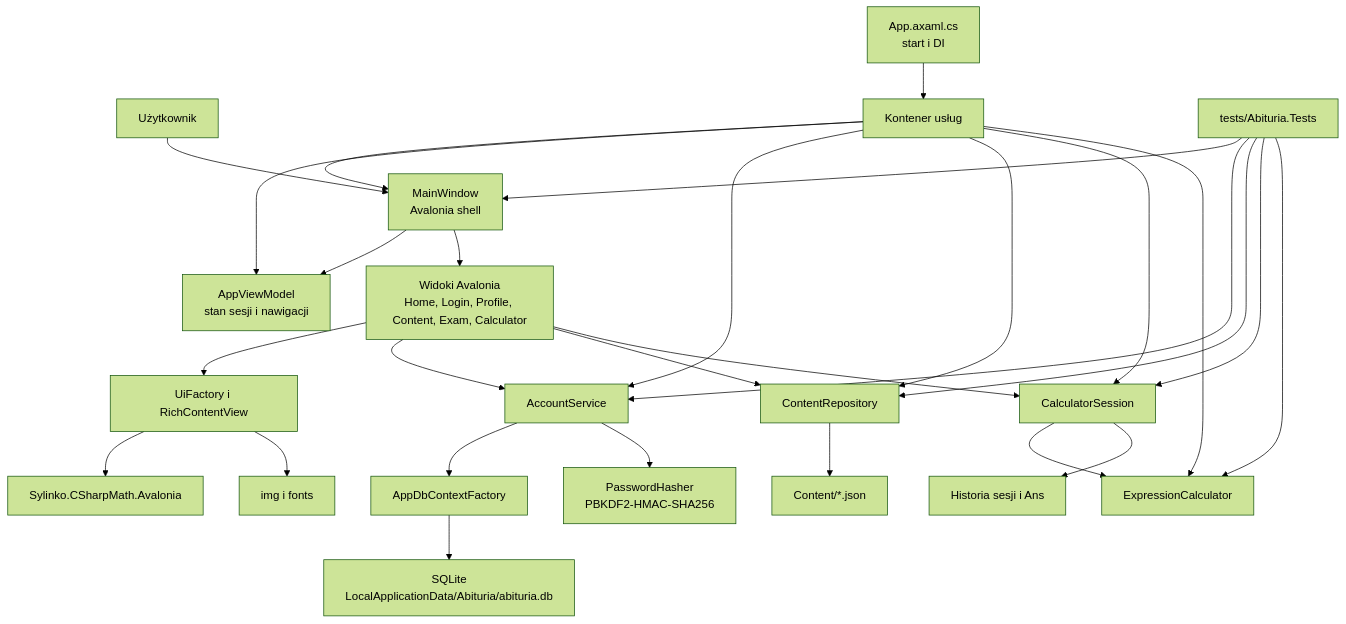
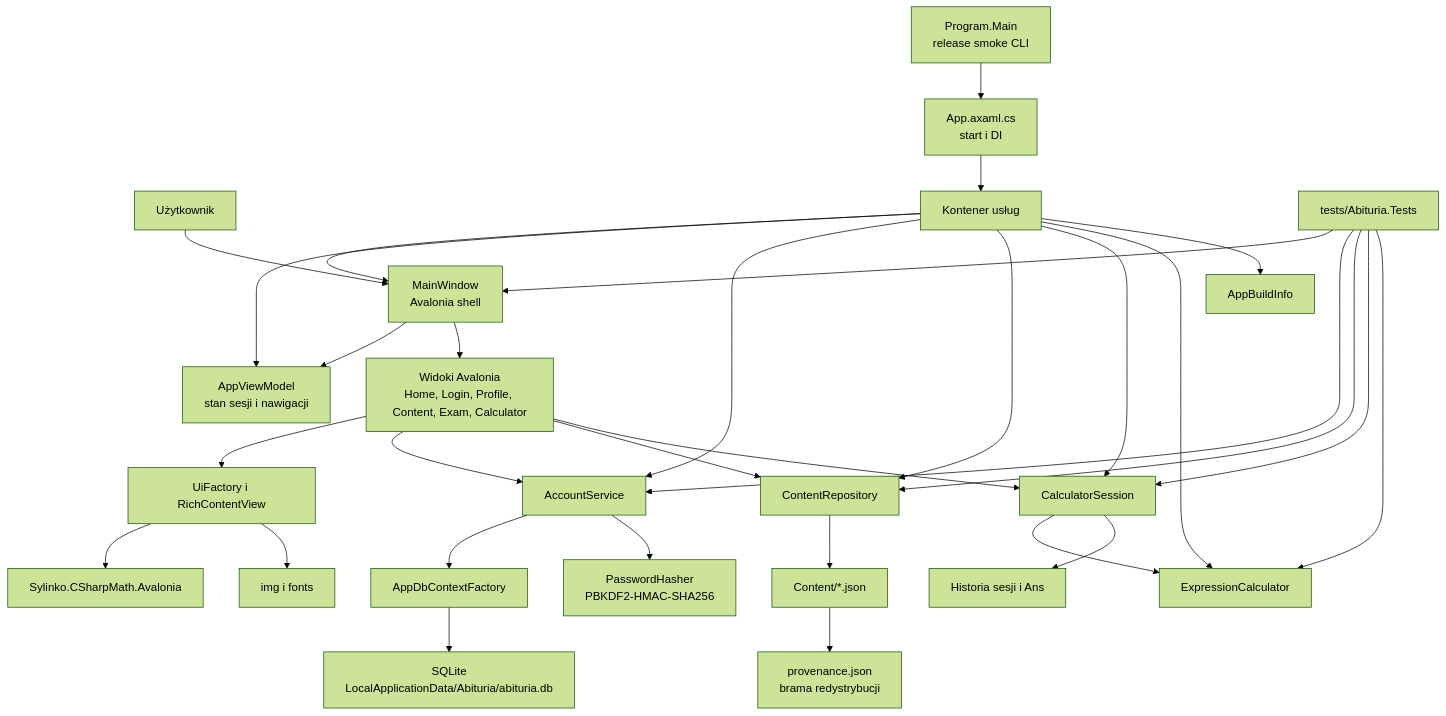
Before and after one commit to haribo841/Abituria: the diagram in docs/ARCHITECTURE.md, drawn with Mermaid (forest theme). The commit also changed other lines of this file and 69 other files, not shown here.

````diff
--- a/docs/ARCHITECTURE.md
+++ b/docs/ARCHITECTURE.md
@@ -21,36 +21,39 @@
 ```mermaid
 flowchart TB
     User["Użytkownik"] --> Window["MainWindow<br/>Avalonia shell"]
 
     App["App.axaml.cs<br/>start i DI"] --> Services["Kontener usług"]
+    Cli["Program.Main<br/>release smoke CLI"] --> App
     Services --> Window
     Services --> ViewModel["AppViewModel<br/>stan sesji i nawigacji"]
     Services --> Accounts["AccountService"]
     Services --> Content["ContentRepository"]
     Services --> CalculatorSession["CalculatorSession"]
     Services --> ExpressionCalculator["ExpressionCalculator"]
+    Services --> BuildInfo["AppBuildInfo"]
 
     Window --> ViewModel
     Window --> Views["Widoki Avalonia<br/>Home, Login, Profile, Content, Exam, Calculator"]
     Views --> Ui["UiFactory i RichContentView"]
     Views --> Accounts
     Views --> Content
     Views --> CalculatorSession
 
     CalculatorSession --> ExpressionCalculator
     CalculatorSession --> CalculatorHistory["Historia sesji i Ans"]
 
     Content --> Json["Content/*.json"]
+    Json --> Provenance["provenance.json<br/>brama redystrybucji"]
     Ui --> Math["Sylinko.CSharpMath.Avalonia"]
     Ui --> Assets["img i fonts"]
 
     Accounts --> DbFactory["AppDbContextFactory"]
     DbFactory --> SQLite["SQLite<br/>LocalApplicationData/Abituria/abituria.db"]
     Accounts --> Passwords["PasswordHasher<br/>PBKDF2-HMAC-SHA256"]
 
     Tests["tests/Abituria.Tests"] --> Window
     Tests --> Accounts
     Tests --> Content
     Tests --> CalculatorSession
     Tests --> ExpressionCalculator
 ```
````
